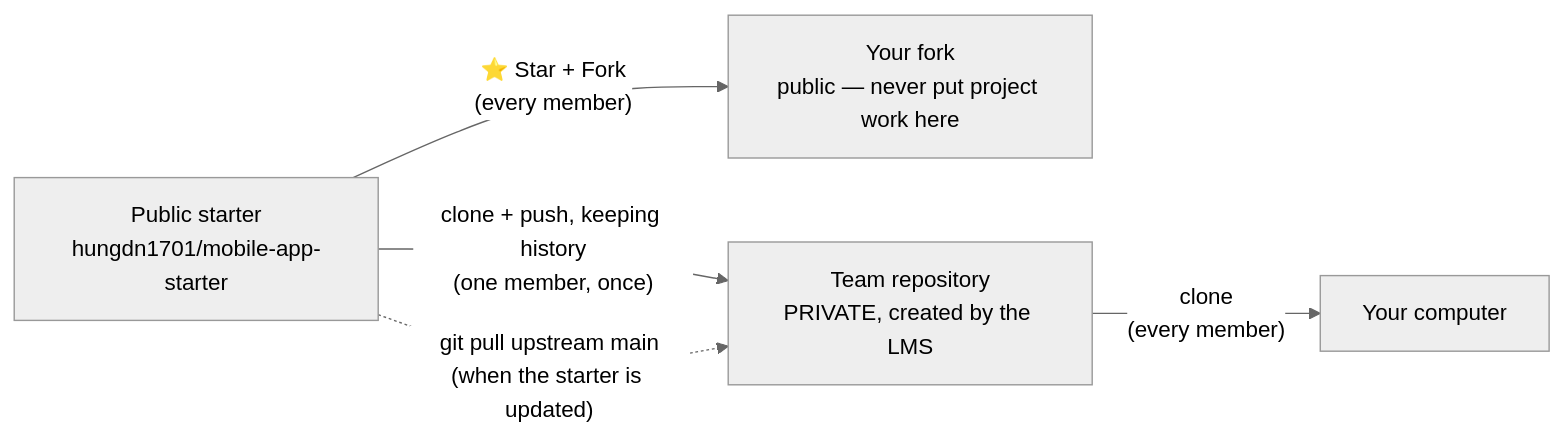
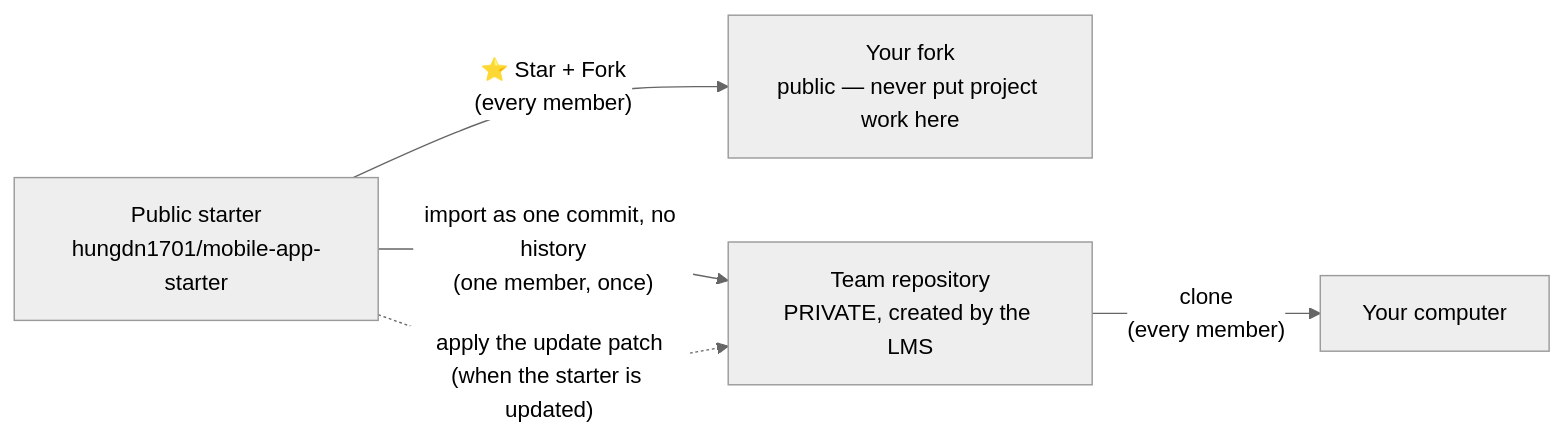
Before and after one commit to hungdn1701/mobile-app-starter: the diagram in docs/student-guide.md, drawn with Mermaid (neutral theme). The commit also changed other lines of this file and 1 other file, not shown here.

First line of the commit message:
v1.2.2: import the starter without its history

````diff
--- a/docs/student-guide.md
+++ b/docs/student-guide.md
@@ -16,7 +16,7 @@
 ```mermaid
 flowchart LR
     S["Public starter<br/>hungdn1701/mobile-app-starter"] -->|"⭐ Star + Fork<br/>(every member)"| F["Your fork<br/>public — never put project work here"]
-    S -->|"clone + push, keeping history<br/>(one member, once)"| T["Team repository<br/>PRIVATE, created by the LMS"]
+    S -->|"import as one commit, no history<br/>(one member, once)"| T["Team repository<br/>PRIVATE, created by the LMS"]
     T -->|"clone<br/>(every member)"| L["Your computer"]
-    S -.->|"git pull upstream main<br/>(when the starter is updated)"| T
+    S -.->|"apply the update patch<br/>(when the starter is updated)"| T
 ```
````
